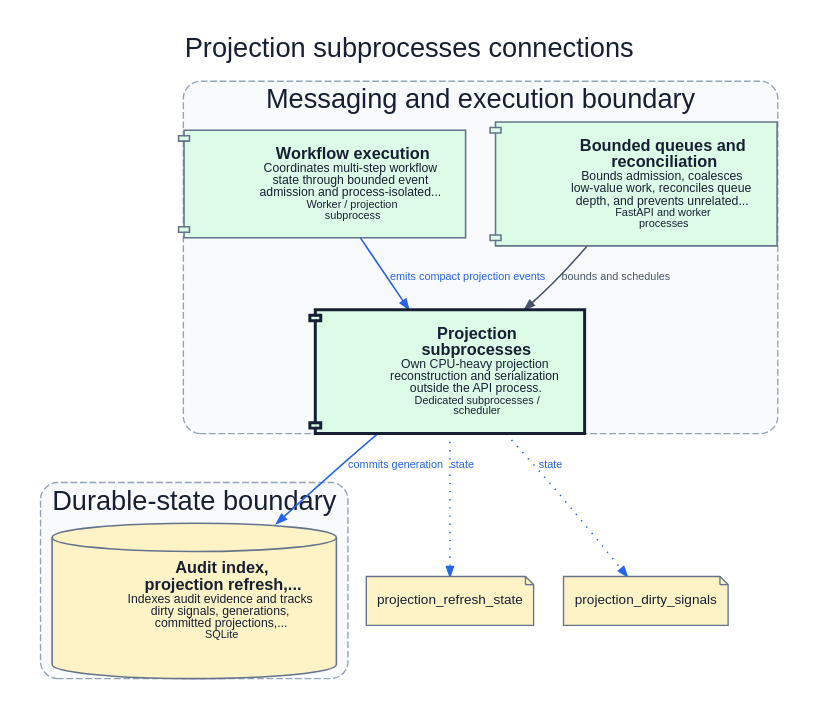
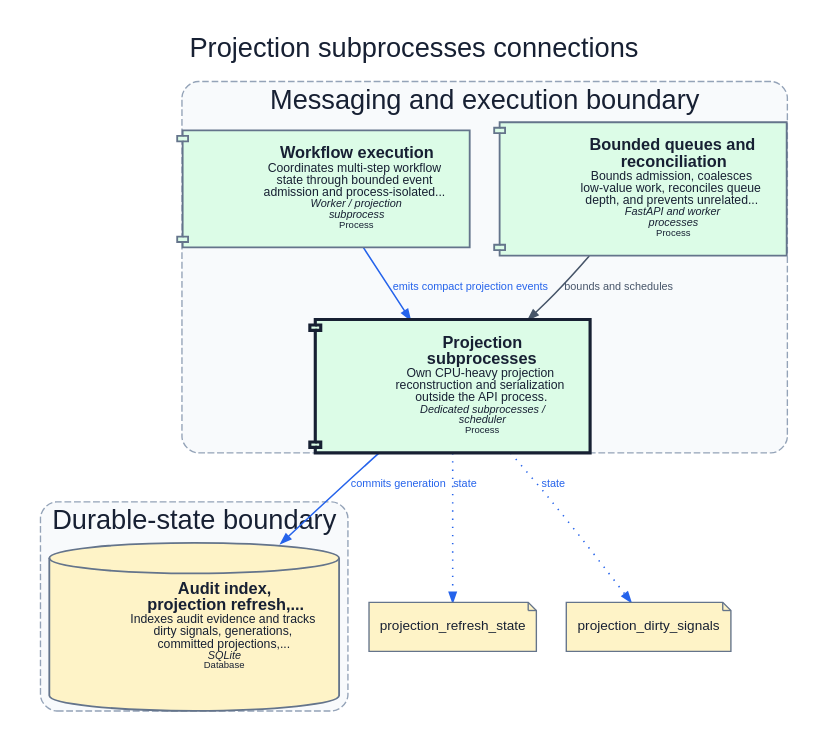
One commit to dexter-lab-ctrl/pocket-lab-lite changed the diagram in docs/assets/diagrams/production/components/projection-subprocesses.light.dot. Above: the diagram before and after it, drawn with Graphviz. The commit also changed 395 other files, not shown here.

Commit message:
docs: add infrastructure architecture icons

```diff
--- a/docs/assets/diagrams/production/components/projection-subprocesses.light.dot
+++ b/docs/assets/diagrams/production/components/projection-subprocesses.light.dot
@@ -1,62 +1,62 @@
 digraph component_projection_subprocesses {
   graph [
     rankdir="TB",
     splines="spline",
     compound="true",
     newrank="true",
     nodesep="0.30",
     ranksep="0.52",
     ratio="compress",
     pad="0.20",
     margin="0",
     outputorder="edgesfirst",
     bgcolor="#ffffff",
     fontcolor="#172033",
     fontname="Arial",
     label="Projection subprocesses connections",
     labelloc="t",
     fontsize="20"
   ];
   node [
     fontname="Arial",
     fontsize="10",
     color="#64748b",
     fontcolor="#172033",
     margin="0.12,0.08"
   ];
   edge [
     fontname="Arial",
     fontsize="8",
     color="#64748b",
     fontcolor="#475569",
     arrowsize="0.72",
     penwidth="1.15"
   ];
   subgraph "cluster_durable-state" {
     label="Durable-state boundary";
     style="rounded,dashed,filled";
     color="#94a3b8";
     fillcolor="#f8fafc";
     fontcolor="#172033";
     penwidth="1.0";
-    "prepared-state" [label=<<TABLE BORDER="0" CELLBORDER="0" CELLPADDING="4"><TR><TD FIXEDSIZE="TRUE" WIDTH="38" HEIGHT="38"> </TD><TD ALIGN="LEFT"><FONT POINT-SIZE="12"><B>Audit index,<BR/>projection refresh,...</B></FONT><BR/><FONT POINT-SIZE="9">Indexes audit evidence and tracks<BR/>dirty signals, generations,<BR/>committed projections,...</FONT><BR/><FONT POINT-SIZE="8">SQLite</FONT></TD></TR></TABLE>>, shape="cylinder", style="rounded,filled", fillcolor="#fef3c7", color="#64748b", fontcolor="#172033", penwidth="1.15", tooltip="Audit index, projection refresh, prepared projections, and domain revisions. Indexes audit evidence and tracks dirty signals, generations, committed projections, current-state summaries, and semantic revisions.", URL="../../../../generated/production/architecture/components/prepared-state/", target="_top"];
+    "prepared-state" [label=<<TABLE BORDER="0" CELLBORDER="0" CELLPADDING="4"><TR><TD FIXEDSIZE="TRUE" WIDTH="42" HEIGHT="42"> </TD><TD ALIGN="LEFT"><FONT POINT-SIZE="12"><B>Audit index,<BR/>projection refresh,...</B></FONT><BR/><FONT POINT-SIZE="9">Indexes audit evidence and tracks<BR/>dirty signals, generations,<BR/>committed projections,...</FONT><BR/><FONT POINT-SIZE="8"><I>SQLite</I></FONT><BR/><FONT POINT-SIZE="7.5">Database</FONT></TD></TR></TABLE>>, shape="cylinder", style="rounded,filled", fillcolor="#fef3c7", color="#64748b", fontcolor="#172033", penwidth="1.35", tooltip="Audit index, projection refresh, prepared projections, and domain revisions. Indexes audit evidence and tracks dirty signals, generations, committed projections, current-state summaries, and semantic revisions.", URL="../../../../generated/production/architecture/components/prepared-state/", target="_top"];
   }
   subgraph "cluster_messaging-execution" {
     label="Messaging and execution boundary";
     style="rounded,dashed,filled";
     color="#94a3b8";
     fillcolor="#f8fafc";
     fontcolor="#172033";
     penwidth="1.0";
-    "bounded-reconciliation" [label=<<TABLE BORDER="0" CELLBORDER="0" CELLPADDING="4"><TR><TD FIXEDSIZE="TRUE" WIDTH="38" HEIGHT="38"> </TD><TD ALIGN="LEFT"><FONT POINT-SIZE="12"><B>Bounded queues and<BR/>reconciliation</B></FONT><BR/><FONT POINT-SIZE="9">Bounds admission, coalesces<BR/>low-value work, reconciles queue<BR/>depth, and prevents unrelated...</FONT><BR/><FONT POINT-SIZE="8">FastAPI and worker<BR/>processes</FONT></TD></TR></TABLE>>, shape="component", style="rounded,filled", fillcolor="#dcfce7", color="#64748b", fontcolor="#172033", penwidth="1.15", tooltip="Bounded queues and reconciliation. Bounds admission, coalesces low-value work, reconciles queue depth, and prevents unrelated lifecycle deletion.", URL="../../../../generated/production/architecture/components/bounded-reconciliation/", target="_top"];
-    "projection-subprocesses" [label=<<TABLE BORDER="0" CELLBORDER="0" CELLPADDING="4"><TR><TD FIXEDSIZE="TRUE" WIDTH="38" HEIGHT="38"> </TD><TD ALIGN="LEFT"><FONT POINT-SIZE="12"><B>Projection<BR/>subprocesses</B></FONT><BR/><FONT POINT-SIZE="9">Own CPU-heavy projection<BR/>reconstruction and serialization<BR/>outside the API process.</FONT><BR/><FONT POINT-SIZE="8">Dedicated subprocesses /<BR/>scheduler</FONT></TD></TR></TABLE>>, shape="component", style="rounded,filled,bold", fillcolor="#dcfce7", color="#172033", fontcolor="#172033", penwidth="2.2", tooltip="Projection subprocesses. Own CPU-heavy projection reconstruction and serialization outside the API process.", URL="../../../../generated/production/architecture/components/projection-subprocesses/", target="_top"];
-    "workflow-execution" [label=<<TABLE BORDER="0" CELLBORDER="0" CELLPADDING="4"><TR><TD FIXEDSIZE="TRUE" WIDTH="38" HEIGHT="38"> </TD><TD ALIGN="LEFT"><FONT POINT-SIZE="12"><B>Workflow execution</B></FONT><BR/><FONT POINT-SIZE="9">Coordinates multi-step workflow<BR/>state through bounded event<BR/>admission and process-isolated...</FONT><BR/><FONT POINT-SIZE="8">Worker / projection<BR/>subprocess</FONT></TD></TR></TABLE>>, shape="component", style="rounded,filled", fillcolor="#dcfce7", color="#64748b", fontcolor="#172033", penwidth="1.15", tooltip="Workflow execution. Coordinates multi-step workflow state through bounded event admission and process-isolated projection work.", URL="../../../../generated/production/architecture/components/workflow-execution/", target="_top"];
+    "bounded-reconciliation" [label=<<TABLE BORDER="0" CELLBORDER="0" CELLPADDING="4"><TR><TD FIXEDSIZE="TRUE" WIDTH="42" HEIGHT="42"> </TD><TD ALIGN="LEFT"><FONT POINT-SIZE="12"><B>Bounded queues and<BR/>reconciliation</B></FONT><BR/><FONT POINT-SIZE="9">Bounds admission, coalesces<BR/>low-value work, reconciles queue<BR/>depth, and prevents unrelated...</FONT><BR/><FONT POINT-SIZE="8"><I>FastAPI and worker<BR/>processes</I></FONT><BR/><FONT POINT-SIZE="7.5">Process</FONT></TD></TR></TABLE>>, shape="component", style="rounded,filled", fillcolor="#dcfce7", color="#64748b", fontcolor="#172033", penwidth="1.35", tooltip="Bounded queues and reconciliation. Bounds admission, coalesces low-value work, reconciles queue depth, and prevents unrelated lifecycle deletion.", URL="../../../../generated/production/architecture/components/bounded-reconciliation/", target="_top"];
+    "projection-subprocesses" [label=<<TABLE BORDER="0" CELLBORDER="0" CELLPADDING="4"><TR><TD FIXEDSIZE="TRUE" WIDTH="42" HEIGHT="42"> </TD><TD ALIGN="LEFT"><FONT POINT-SIZE="12"><B>Projection<BR/>subprocesses</B></FONT><BR/><FONT POINT-SIZE="9">Own CPU-heavy projection<BR/>reconstruction and serialization<BR/>outside the API process.</FONT><BR/><FONT POINT-SIZE="8"><I>Dedicated subprocesses /<BR/>scheduler</I></FONT><BR/><FONT POINT-SIZE="7.5">Process</FONT></TD></TR></TABLE>>, shape="component", style="rounded,filled,bold", fillcolor="#dcfce7", color="#172033", fontcolor="#172033", penwidth="2.3", tooltip="Projection subprocesses. Own CPU-heavy projection reconstruction and serialization outside the API process.", URL="../../../../generated/production/architecture/components/projection-subprocesses/", target="_top"];
+    "workflow-execution" [label=<<TABLE BORDER="0" CELLBORDER="0" CELLPADDING="4"><TR><TD FIXEDSIZE="TRUE" WIDTH="42" HEIGHT="42"> </TD><TD ALIGN="LEFT"><FONT POINT-SIZE="12"><B>Workflow execution</B></FONT><BR/><FONT POINT-SIZE="9">Coordinates multi-step workflow<BR/>state through bounded event<BR/>admission and process-isolated...</FONT><BR/><FONT POINT-SIZE="8"><I>Worker / projection<BR/>subprocess</I></FONT><BR/><FONT POINT-SIZE="7.5">Process</FONT></TD></TR></TABLE>>, shape="component", style="rounded,filled", fillcolor="#dcfce7", color="#64748b", fontcolor="#172033", penwidth="1.35", tooltip="Workflow execution. Coordinates multi-step workflow state through bounded event admission and process-isolated projection work.", URL="../../../../generated/production/architecture/components/workflow-execution/", target="_top"];
   }
   "projection-subprocesses" -> "prepared-state" [label="commits generation", tooltip="commits generation (SQLite)", style="solid", arrowhead="normal", color="#2563eb", fontcolor="#2563eb"];
   "bounded-reconciliation" -> "projection-subprocesses" [label="bounds and schedules", tooltip="bounds and schedules (IPC)", style="solid", arrowhead="normal", color="#475569", fontcolor="#475569"];
   "workflow-execution" -> "projection-subprocesses" [label="emits compact projection events", tooltip="emits compact projection events (IPC)", style="solid", arrowhead="normal", color="#2563eb", fontcolor="#2563eb"];
   "state_dependency_0" [label="projection_refresh_state", shape="note", style="filled", fillcolor="#fef3c7", color="#64748b", fontcolor="#172033", tooltip="Durable-state dependency"];
   "projection-subprocesses" -> "state_dependency_0" [label="state", style="dotted", color="#2563eb", fontcolor="#2563eb"];
   "state_dependency_1" [label="projection_dirty_signals", shape="note", style="filled", fillcolor="#fef3c7", color="#64748b", fontcolor="#172033", tooltip="Durable-state dependency"];
   "projection-subprocesses" -> "state_dependency_1" [label="state", style="dotted", color="#2563eb", fontcolor="#2563eb"];
 }
```
